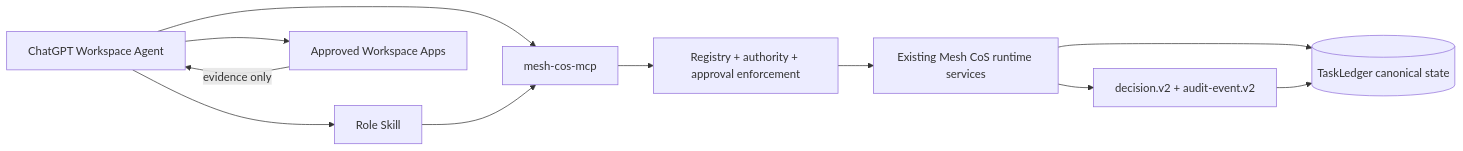
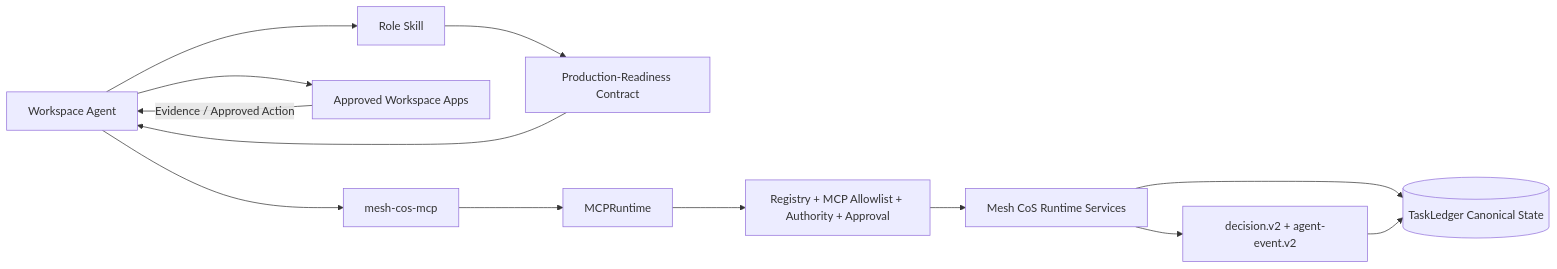
Before and after one commit to mkleinbe/mesh-ai-agent-cos-universe: the first of 2 diagrams in chatgpt/README.md, drawn with Mermaid. The commit also changed other lines of this file, not shown here.

Commit message:
docs: align ChatGPT package documentation with v1.0.0

````diff
--- a/chatgpt/README.md
+++ b/chatgpt/README.md
@@ -16,13 +18,15 @@
 ```mermaid
 flowchart LR
-    WA[ChatGPT Workspace Agent] --> SK[Role Skill]
+    WA[Workspace Agent] --> SK[Role Skill]
     WA --> APPS[Approved Workspace Apps]
     WA --> MCP[mesh-cos-mcp]
-    SK --> MCP
-    APPS -->|evidence only| WA
-    MCP --> AUTH[Registry + authority + approval enforcement]
-    AUTH --> RT[Existing Mesh CoS runtime services]
-    RT --> TL[(TaskLedger canonical state)]
-    RT --> GOV[decision.v2 + audit-event.v2]
+    SK --> PR[Production-Readiness Contract]
+    PR --> WA
+    APPS -->|Evidence / Approved Action| WA
+    MCP --> RT[MCPRuntime]
+    RT --> AUTH[Registry + MCP Allowlist + Authority + Approval]
+    AUTH --> SVC[Mesh CoS Runtime Services]
+    SVC --> TL[(TaskLedger Canonical State)]
+    SVC --> GOV[decision.v2 + agent-event.v2]
     GOV --> TL
 ```
````
